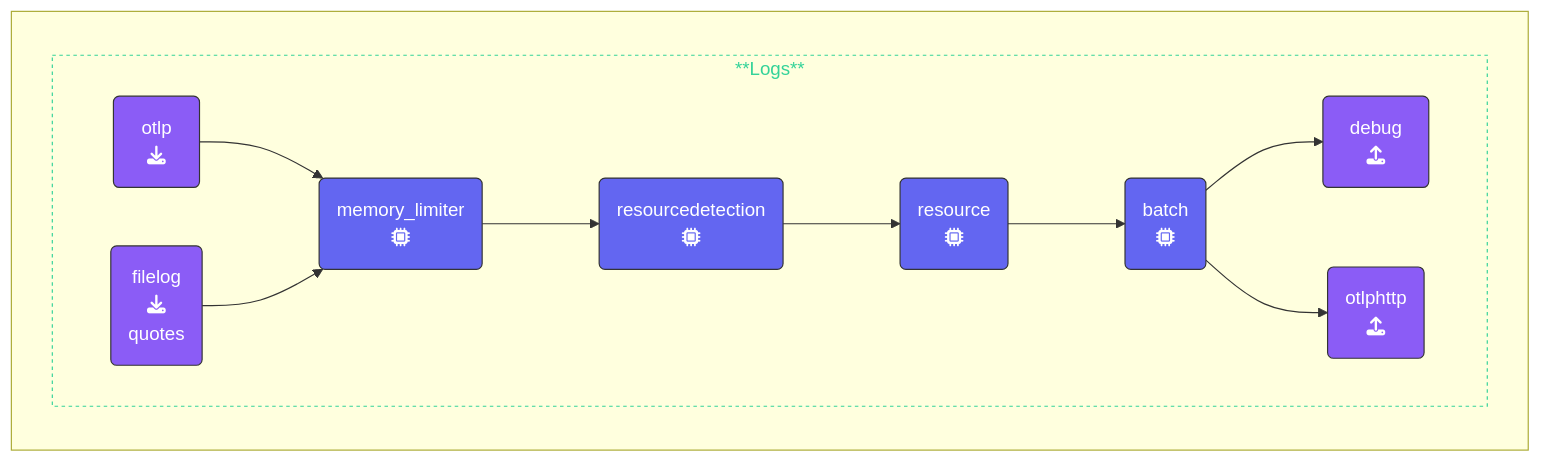
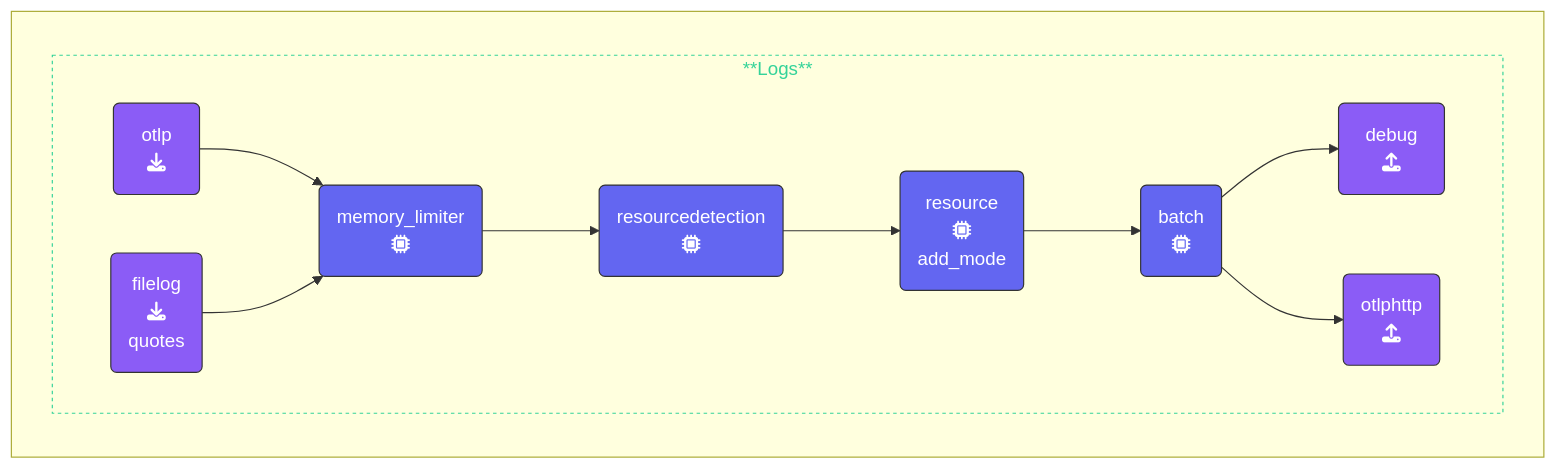
The diagram in content/en/ninja-workshops/10-advanced-otel/3-filelog/3-1-filelog-configuration.md (splunk/observability-workshop), drawn with Mermaid before and after one commit. The commit also changed 2 other files, not shown here.

Commit message:
minor updates in syntax and format through filelog section

````diff
--- a/content/en/ninja-workshops/10-advanced-otel/3-filelog/3-1-filelog-configuration.md
+++ b/content/en/ninja-workshops/10-advanced-otel/3-filelog/3-1-filelog-configuration.md
@@ -29,31 +29,31 @@
 ```mermaid
 %%{init:{"fontFamily":"monospace"}}%%
 graph LR
     %% Nodes
       REC1(&nbsp;&nbsp;otlp&nbsp;&nbsp;<br>fa:fa-download):::receiver
       REC2(filelog<br>fa:fa-download<br>quotes):::receiver
       PRO1(memory_limiter<br>fa:fa-microchip):::processor
       PRO2(resourcedetection<br>fa:fa-microchip):::processor
-      PRO3(resource<br>fa:fa-microchip):::processor
+      PRO3(resource<br>fa:fa-microchip<br>add_mode):::processor
       PRO4(batch<br>fa:fa-microchip):::processor
       EXP1(&ensp;debug&ensp;<br>fa:fa-upload):::exporter
       EXP2(otlphttp<br>fa:fa-upload):::exporter
     %% Links
     subID1:::sub-logs
     subgraph " "
       subgraph subID1[**Logs**]
       direction LR
       REC1 --> PRO1
       REC2 --> PRO1
       PRO1 --> PRO2
       PRO2 --> PRO3
       PRO3 --> PRO4
       PRO4 --> EXP1
       PRO4 --> EXP2
       end
     end
 classDef receiver,exporter fill:#8b5cf6,stroke:#333,stroke-width:1px,color:#fff;
 classDef processor fill:#6366f1,stroke:#333,stroke-width:1px,color:#fff;
 classDef con-receive,con-export fill:#45c175,stroke:#333,stroke-width:1px,color:#fff;
 classDef sub-logs stroke:#34d399,stroke-width:1px, color:#34d399,stroke-dasharray: 3 3;
 ```
````
